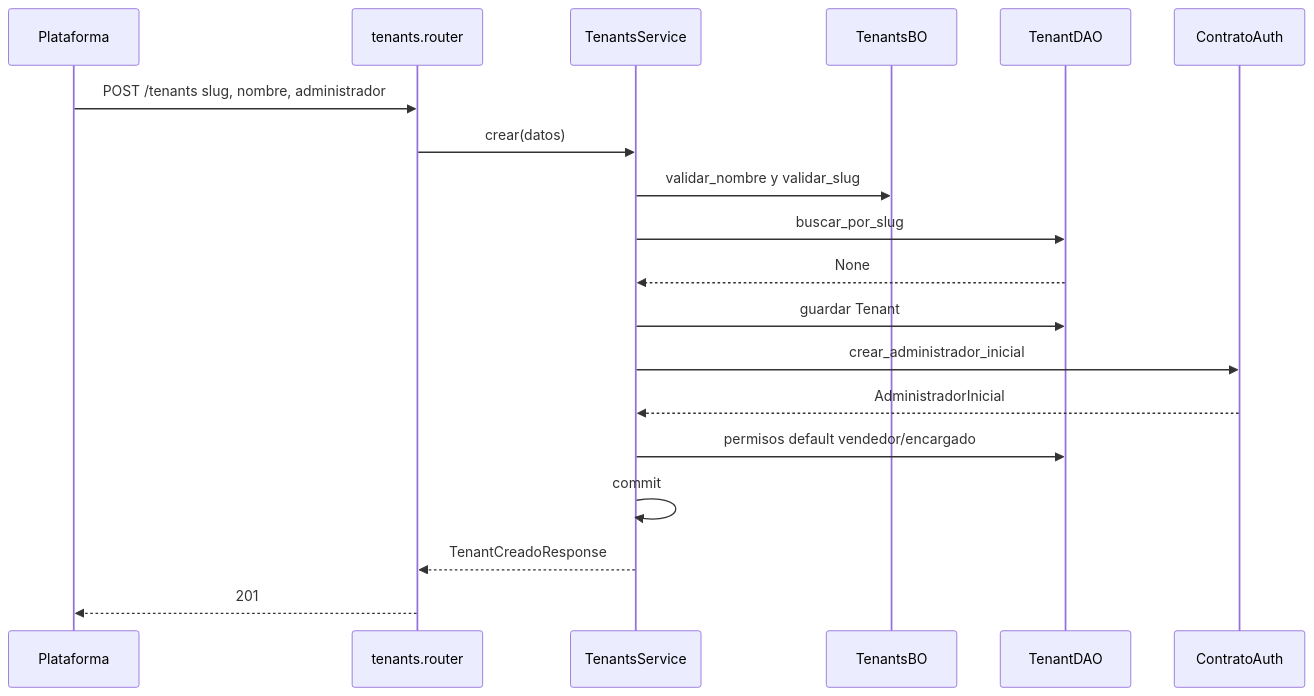
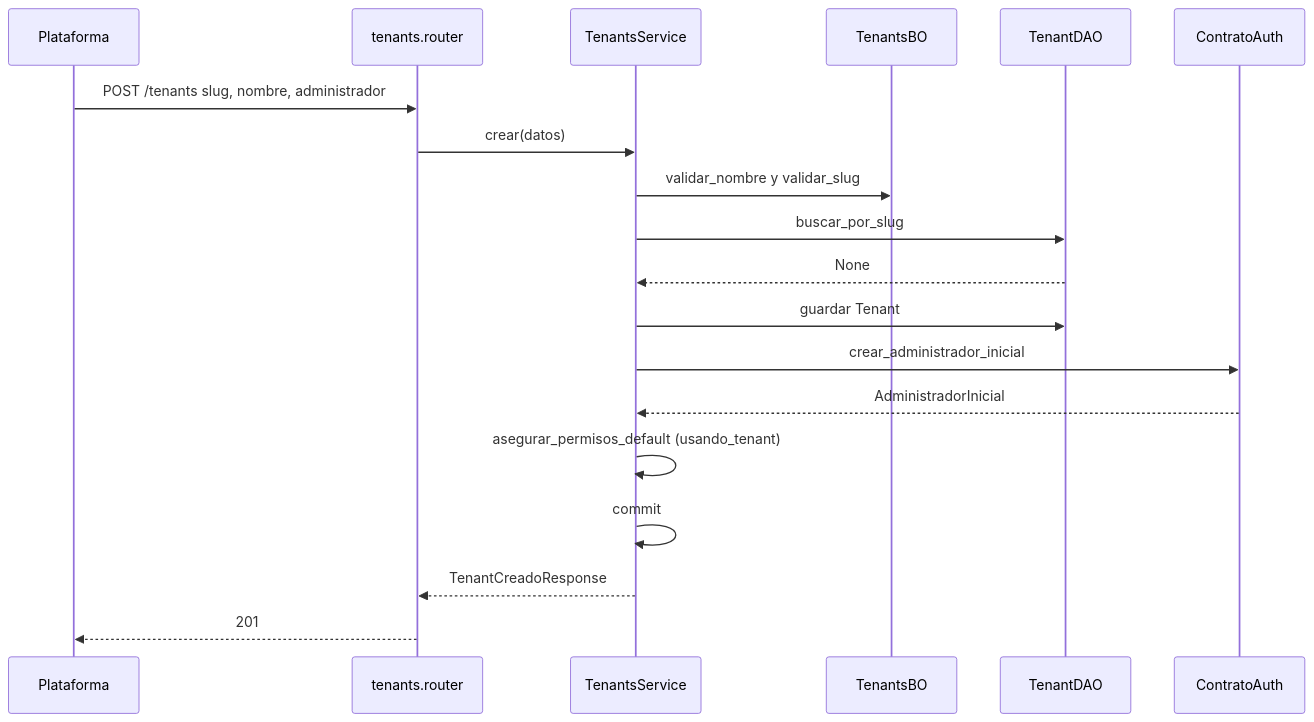
Before and after one commit to estsan3/ventas360-api: the first of 2 diagrams in docs/diagramas/tenants.md, drawn with Mermaid. The commit also changed other lines of this file and 16 other files, not shown here.

First line of the commit message:
docs: diagramas de secuencia por módulo (sync 2026-09-07)

````diff
--- a/docs/diagramas/tenants.md
+++ b/docs/diagramas/tenants.md
@@ -8,22 +8,22 @@
 ```mermaid
 sequenceDiagram
     participant Plataforma
     participant Router as tenants.router
     participant Service as TenantsService
     participant BO as TenantsBO
     participant DAO as TenantDAO
     participant Auth as ContratoAuth
 
     Plataforma->>Router: POST /tenants slug, nombre, administrador
     Router->>Service: crear(datos)
     Service->>BO: validar_nombre y validar_slug
     Service->>DAO: buscar_por_slug
     DAO-->>Service: None
     Service->>DAO: guardar Tenant
     Service->>Auth: crear_administrador_inicial
     Auth-->>Service: AdministradorInicial
-    Service->>DAO: permisos default vendedor/encargado
+    Service->>Service: asegurar_permisos_default (usando_tenant)
     Service->>Service: commit
     Service-->>Router: TenantCreadoResponse
     Router-->>Plataforma: 201
 ```
````
